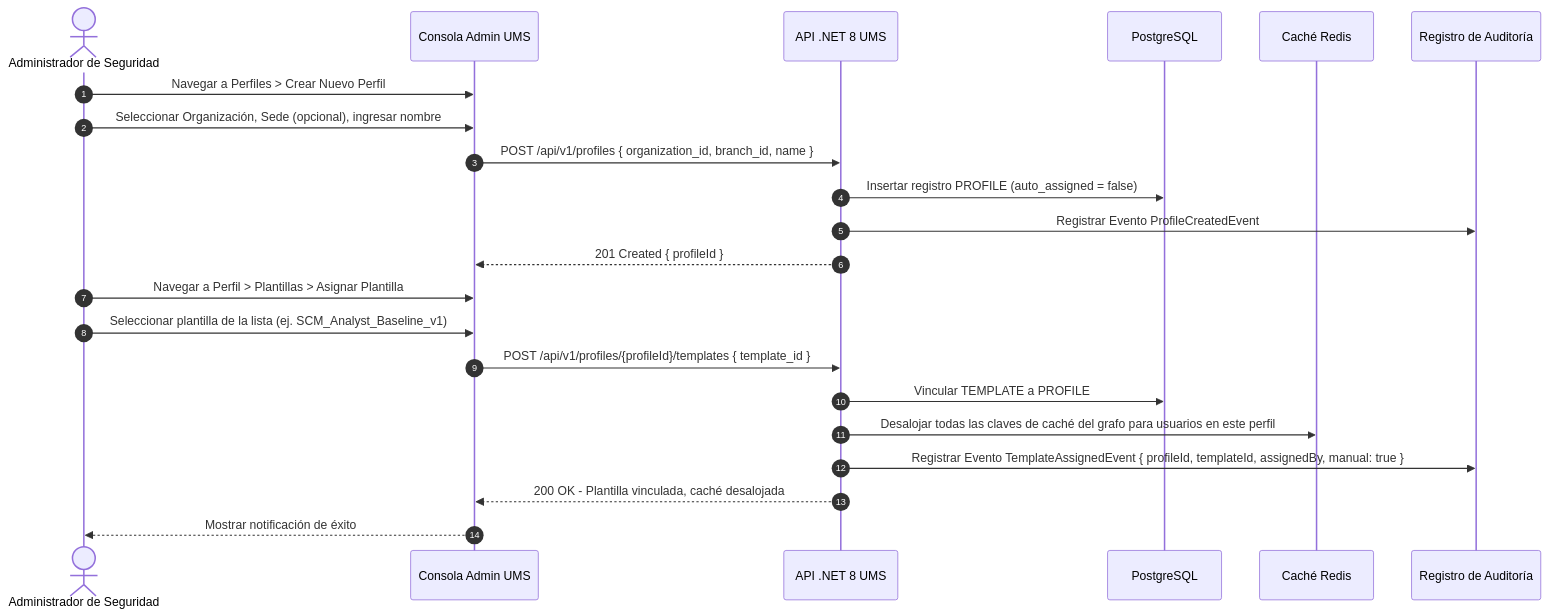
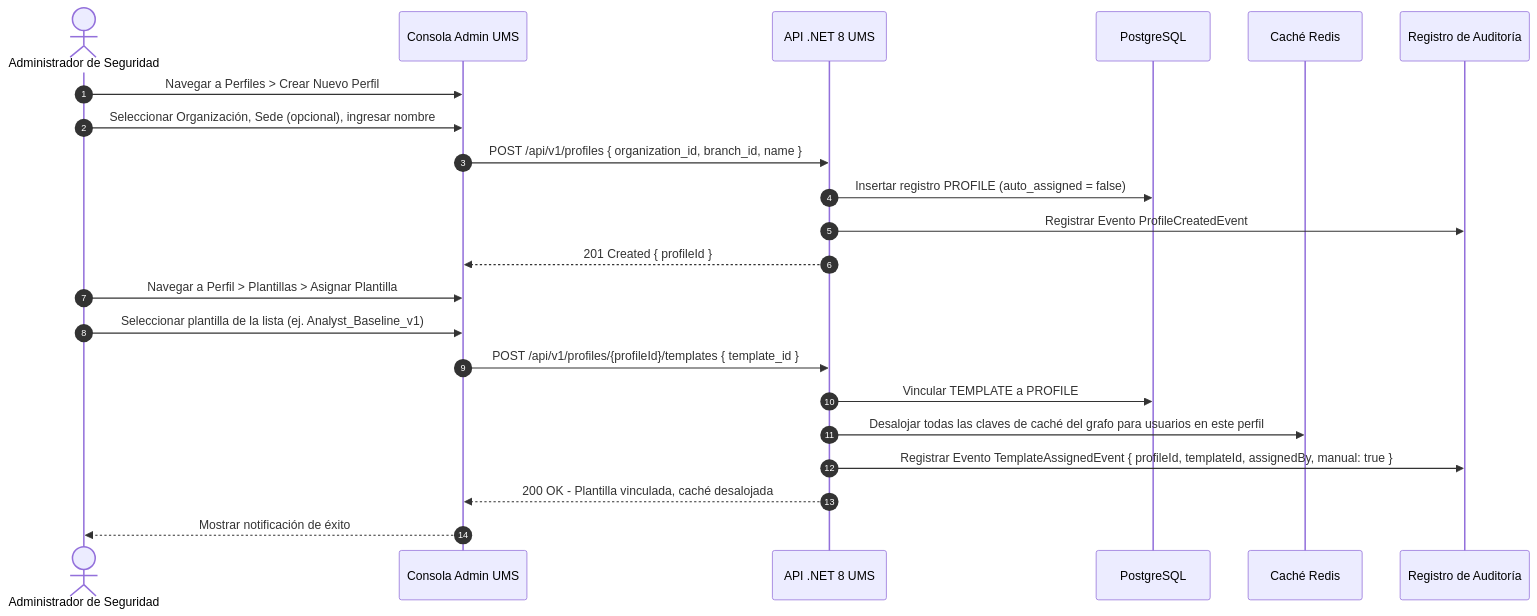
The diagram in src/ums-workspace/docs/es/01-requirements/functional-stories/fs-05-create-profile-manual-template.md (beyondnetcode/ums), drawn with Mermaid before and after one commit. The commit also changed 132 other files, not shown here.

````diff
--- a/src/ums-workspace/docs/es/01-requirements/functional-stories/fs-05-create-profile-manual-template.md
+++ b/src/ums-workspace/docs/es/01-requirements/functional-stories/fs-05-create-profile-manual-template.md
@@ -20,25 +20,25 @@
 ```mermaid
 sequenceDiagram
     autonumber
     actor Admin as Administrador de Seguridad
     participant Console as Consola Admin UMS
     participant API as API .NET 8 UMS
     participant DB as PostgreSQL
     participant Cache as Caché Redis
     participant Audit as Registro de Auditoría
 
     Admin->>Console: Navegar a Perfiles > Crear Nuevo Perfil
     Admin->>Console: Seleccionar Organización, Sede (opcional), ingresar nombre
     Console->>API: POST /api/v1/profiles { organization_id, branch_id, name }
     API->>DB: Insertar registro PROFILE (auto_assigned = false)
     API->>Audit: Registrar Evento ProfileCreatedEvent
     API-->>Console: 201 Created { profileId }
     Admin->>Console: Navegar a Perfil > Plantillas > Asignar Plantilla
-    Admin->>Console: Seleccionar plantilla de la lista (ej. SCM_Analyst_Baseline_v1)
+    Admin->>Console: Seleccionar plantilla de la lista (ej. Analyst_Baseline_v1)
     Console->>API: POST /api/v1/profiles/{profileId}/templates { template_id }
     API->>DB: Vincular TEMPLATE a PROFILE
     API->>Cache: Desalojar todas las claves de caché del grafo para usuarios en este perfil
     API->>Audit: Registrar Evento TemplateAssignedEvent { profileId, templateId, assignedBy, manual: true }
     API-->>Console: 200 OK - Plantilla vinculada, caché desalojada
     Console-->>Admin: Mostrar notificación de éxito
 ```
````
